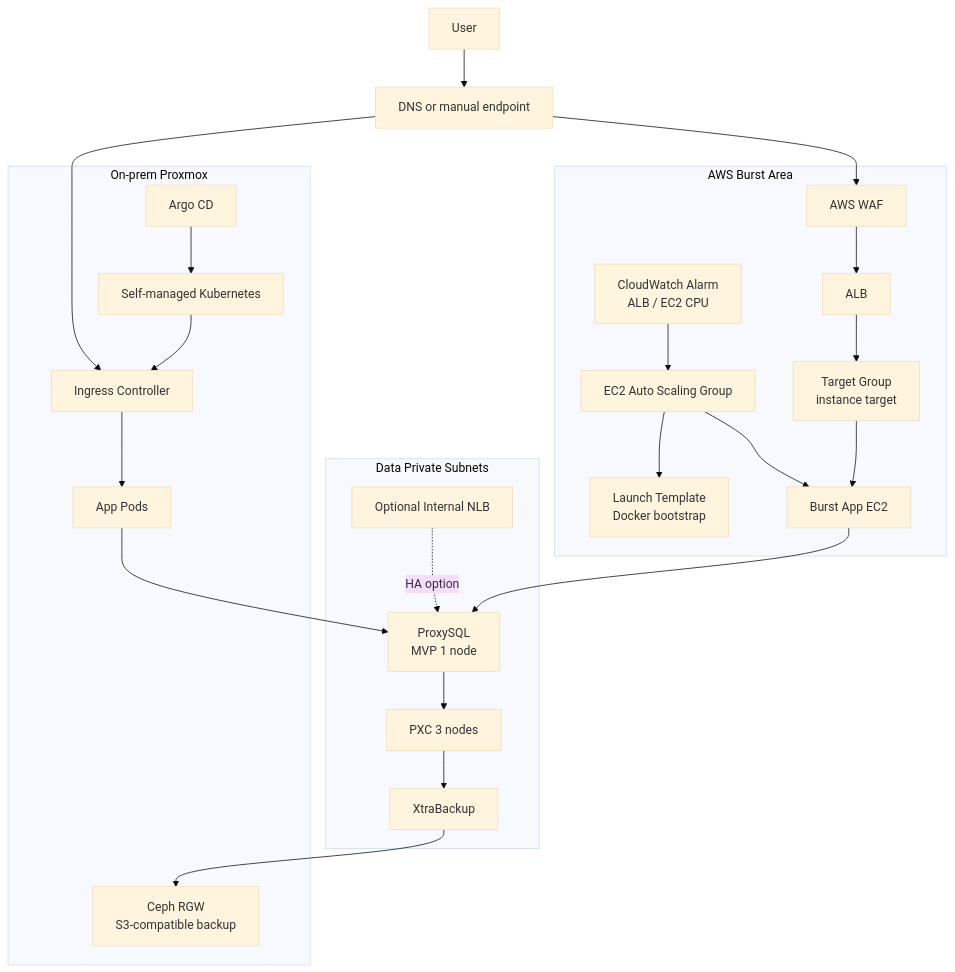
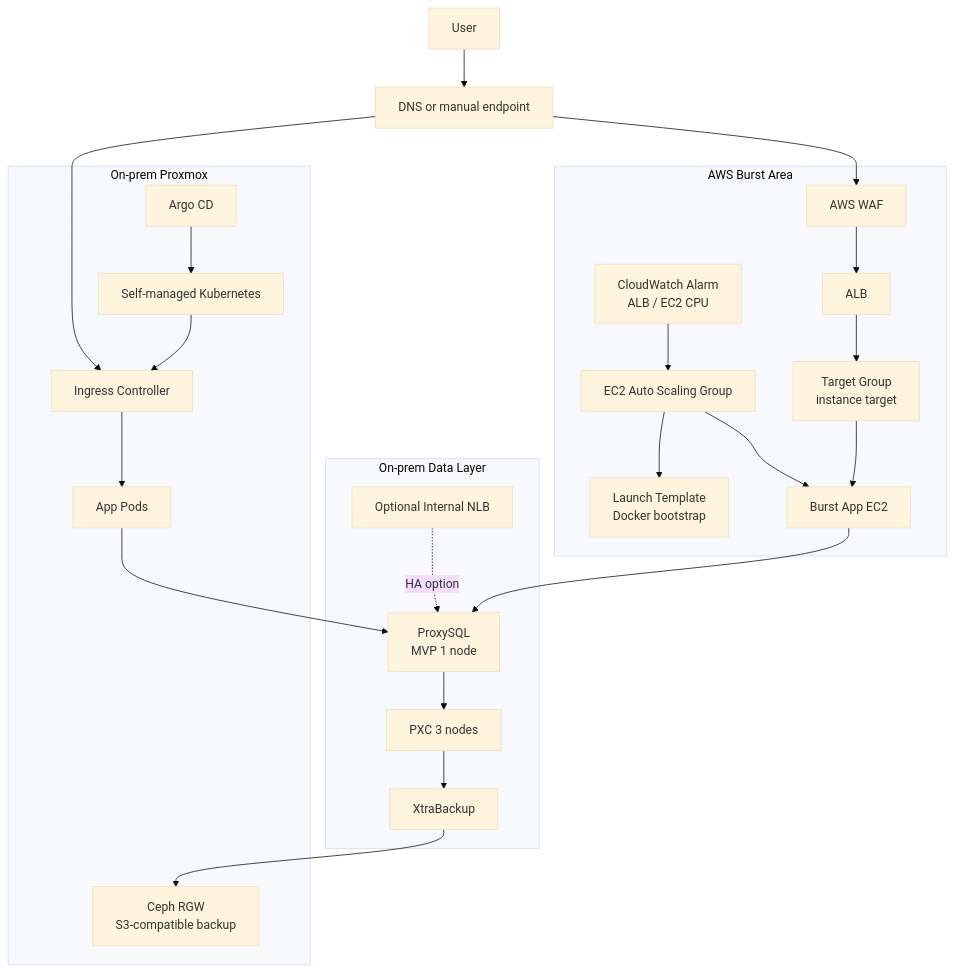
Before and after one commit to KosaCloudTeam2/infra-platform: the second of 7 diagrams in docs/01_architecture.md, drawn with Mermaid (base theme). The commit also changed other lines of this file and 15 other files, not shown here.

````diff
--- a/docs/01_architecture.md
+++ b/docs/01_architecture.md
@@ -148,47 +148,47 @@
 ```mermaid
 flowchart TD
     User["User"] --> Traffic["DNS or manual endpoint"]
 
     subgraph OnPrem["On-prem Proxmox"]
         K8s["Self-managed Kubernetes"]
         Ingress["Ingress Controller"]
         AppPod["App Pods"]
         Argo["Argo CD"]
         CephRGW["Ceph RGW<br/>S3-compatible backup"]
         Argo --> K8s
         K8s --> Ingress
         Ingress --> AppPod
     end
 
     subgraph AWS["AWS Burst Area"]
         WAF["AWS WAF"]
         ALB["ALB"]
         TG["Target Group<br/>instance target"]
         LT["Launch Template<br/>Docker bootstrap"]
         ASG["EC2 Auto Scaling Group"]
         BurstEC2["Burst App EC2"]
         CW["CloudWatch Alarm<br/>ALB / EC2 CPU"]
         WAF --> ALB
         ALB --> TG
         TG --> BurstEC2
         ASG --> LT
         ASG --> BurstEC2
         CW --> ASG
     end
 
-    subgraph Data["Data Private Subnets"]
+    subgraph Data["On-prem Data Layer"]
         ProxySQL["ProxySQL<br/>MVP 1 node"]
         ProxyNLB["Optional Internal NLB"]
         PXC["PXC 3 nodes"]
         Backup["XtraBackup"]
         ProxySQL --> PXC
         PXC --> Backup
     end
 
     Traffic --> Ingress
     Traffic --> WAF
     AppPod --> ProxySQL
     BurstEC2 --> ProxySQL
     ProxyNLB -. "HA option" .-> ProxySQL
     Backup --> CephRGW
 ```
````
